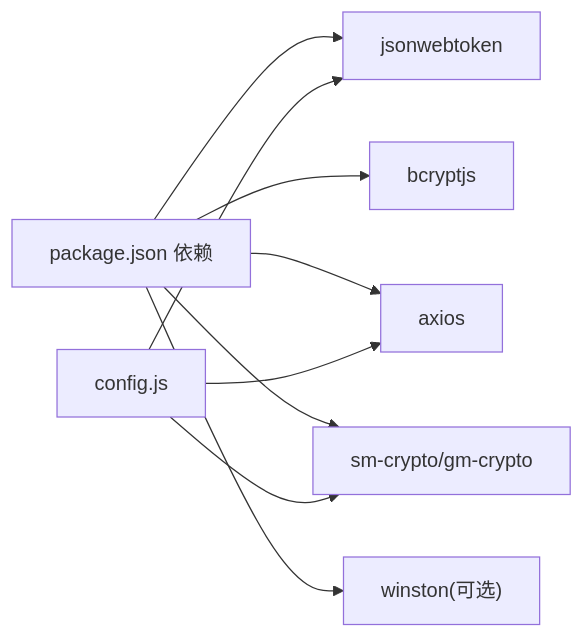
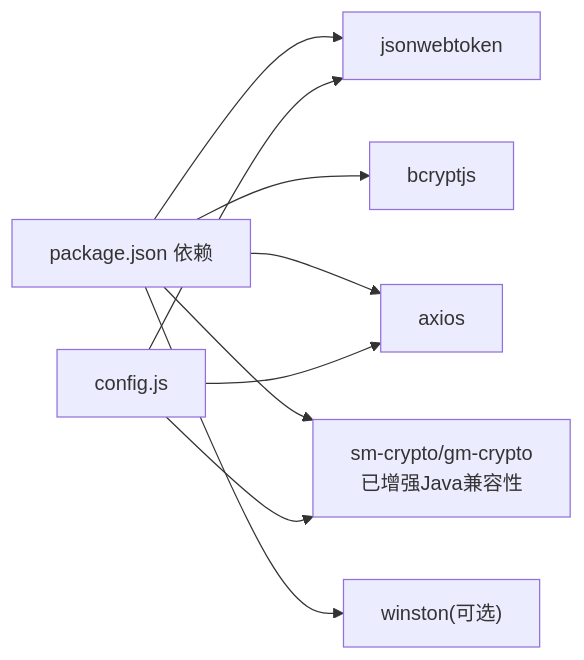
One commit to Giraffe-Han/microAPP changed the ninth of 9 diagrams in .qoder/repowiki/zh/content/安全与权限/安全与权限.md. Above: the diagram before and after it, drawn with Mermaid. The commit also changed other lines of this file and 10 other files, not shown here.

````diff
--- a/.qoder/repowiki/zh/content/安全与权限/安全与权限.md
+++ b/.qoder/repowiki/zh/content/安全与权限/安全与权限.md
@@ -367,11 +412,11 @@
 ```mermaid
 graph LR
 PKG["package.json 依赖"] --> JWT["jsonwebtoken"]
 PKG --> BC["bcryptjs"]
 PKG --> AX["axios"]
-PKG --> SM["sm-crypto/gm-crypto"]
+PKG --> SM["sm-crypto/gm-crypto<br/>已增强Java兼容性"]
 PKG --> WIN["winston(可选)"]
 CFG["config.js"] --> JWT
 CFG --> AX
 CFG --> SM
 ```
````
